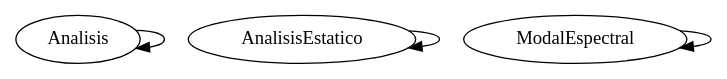
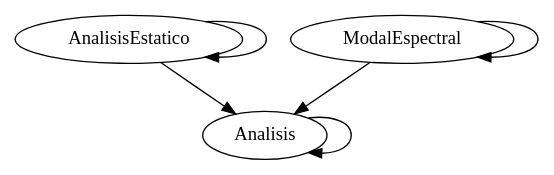
Before and after one commit to ppizarror/TEFAME: the diagram in docs/tefame/analisis/graph.dot, drawn with Graphviz. The commit also changed 74 other files, not shown here.

```diff
--- a/docs/tefame/analisis/graph.dot
+++ b/docs/tefame/analisis/graph.dot
@@ -1,10 +1,12 @@
 /* Created by mdot for Matlab */
 digraph m2html {
   Analisis -> Analisis;
+  AnalisisEstatico -> Analisis;
   AnalisisEstatico -> AnalisisEstatico;
+  ModalEspectral -> Analisis;
   ModalEspectral -> ModalEspectral;
 
   Analisis [URL="Analisis.html"];
   AnalisisEstatico [URL="AnalisisEstatico.html"];
   ModalEspectral [URL="ModalEspectral.html"];
 }
```
